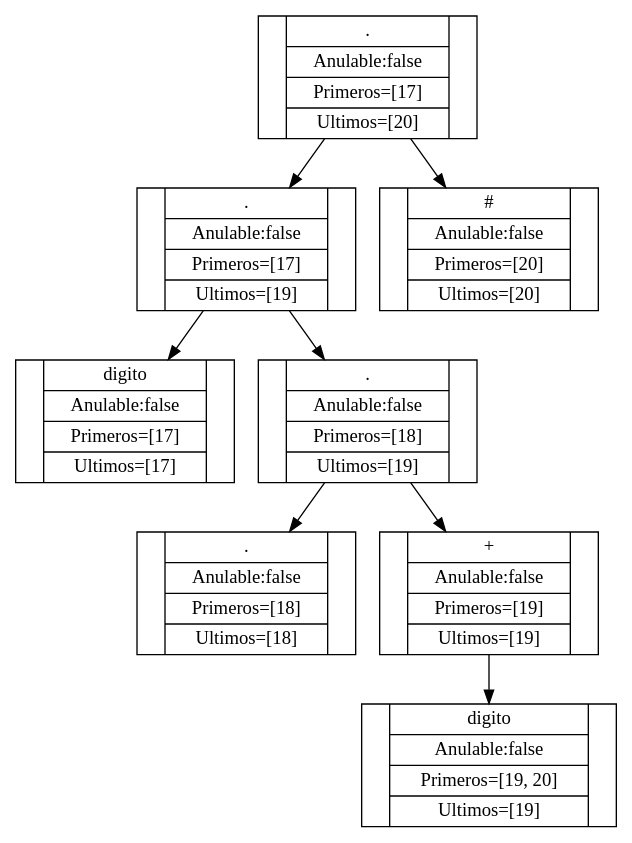
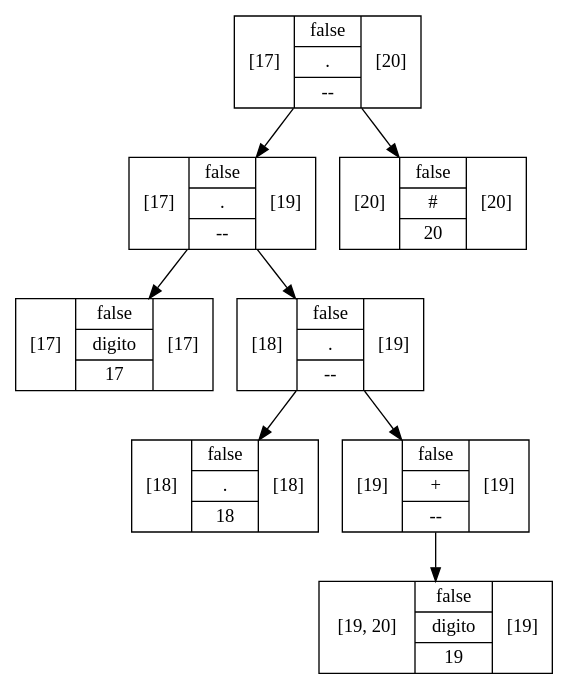
One commit to JeffMendez/OCL_Proyecto1_201901557 changed the diagram in Regexive/archivos/ARBOLES_201901557/ExpresionReg2.dot. Above: the diagram before and after it, drawn with Graphviz. The commit also changed 31 other files, not shown here.

```diff
--- a/Regexive/archivos/ARBOLES_201901557/ExpresionReg2.dot
+++ b/Regexive/archivos/ARBOLES_201901557/ExpresionReg2.dot
@@ -1,17 +1,17 @@
 digraph G {
-720658732 [shape=record label="<IZQ>|{digito|Anulable:false|Primeros=[17]|Ultimos=[17]}|<DER>"];
-1398455808 [shape=record label="<IZQ>|{.|Anulable:false|Primeros=[18]|Ultimos=[18]}|<DER>"];
-1259024714 [shape=record label="<IZQ>|{digito|Anulable:false|Primeros=[19, 20]|Ultimos=[19]}|<DER>"];
-1406643025 [shape=record label="<IZQ>|{+|Anulable:false|Primeros=[19]|Ultimos=[19]}|<DER>"];
-1406643025 -> 1259024714
-1512267014 [shape=record label="<IZQ>|{.|Anulable:false|Primeros=[18]|Ultimos=[19]}|<DER>"];
-1512267014 -> 1398455808
-1512267014 -> 1406643025
-1552892668 [shape=record label="<IZQ>|{.|Anulable:false|Primeros=[17]|Ultimos=[19]}|<DER>"];
-1552892668 -> 720658732
-1552892668 -> 1512267014
-1310501190 [shape=record label="<IZQ>|{#|Anulable:false|Primeros=[20]|Ultimos=[20]}|<DER>"];
-545197815 [shape=record label="<IZQ>|{.|Anulable:false|Primeros=[17]|Ultimos=[20]}|<DER>"];
-545197815 -> 1552892668
-545197815 -> 1310501190
+337348837 [shape=record label="[17] |{ false | digito | 17 }| [17]"];
+795979437 [shape=record label="[18] |{ false | . | 18 }| [18]"];
+49224064 [shape=record label="[19, 20] |{ false | digito | 19 }| [19]"];
+580919357 [shape=record label="[19] |{ false | + | -- }| [19]"];
+580919357 -> 49224064
+1790232620 [shape=record label="[18] |{ false | . | -- }| [19]"];
+1790232620 -> 795979437
+1790232620 -> 580919357
+1217533713 [shape=record label="[17] |{ false | . | -- }| [19]"];
+1217533713 -> 337348837
+1217533713 -> 1790232620
+852178074 [shape=record label="[20] |{ false | # | 20 }| [20]"];
+298404662 [shape=record label="[17] |{ false | . | -- }| [20]"];
+298404662 -> 1217533713
+298404662 -> 852178074
 }
```
